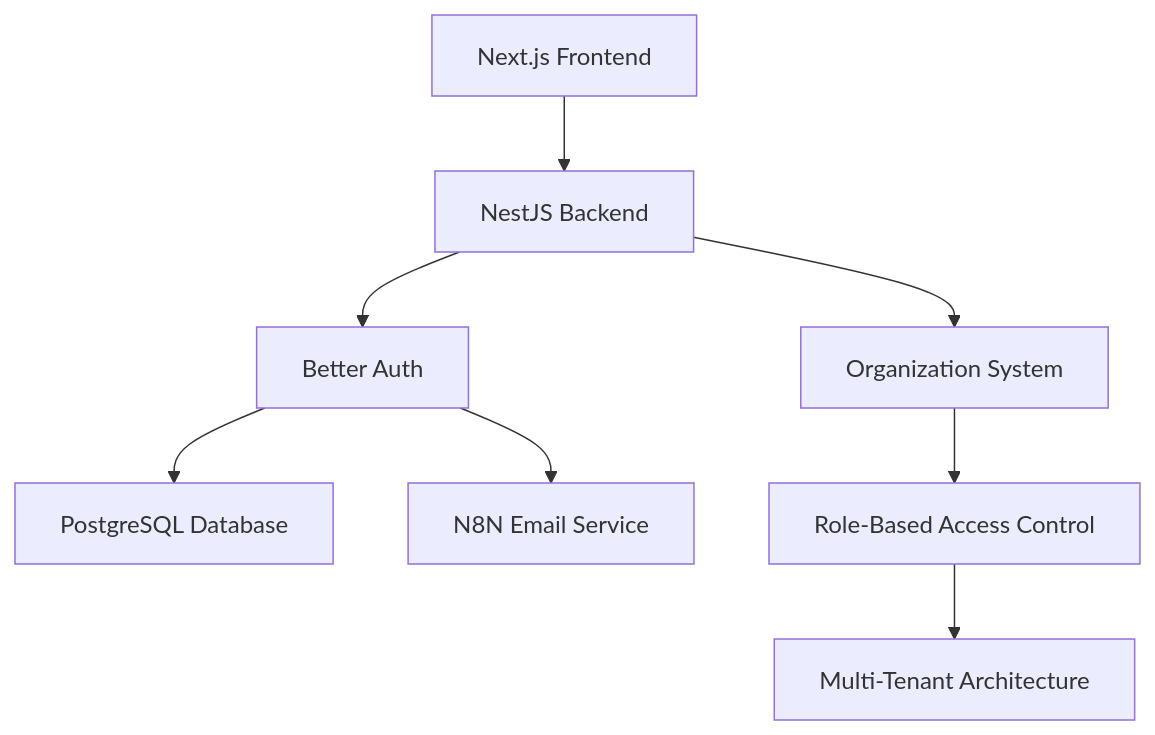
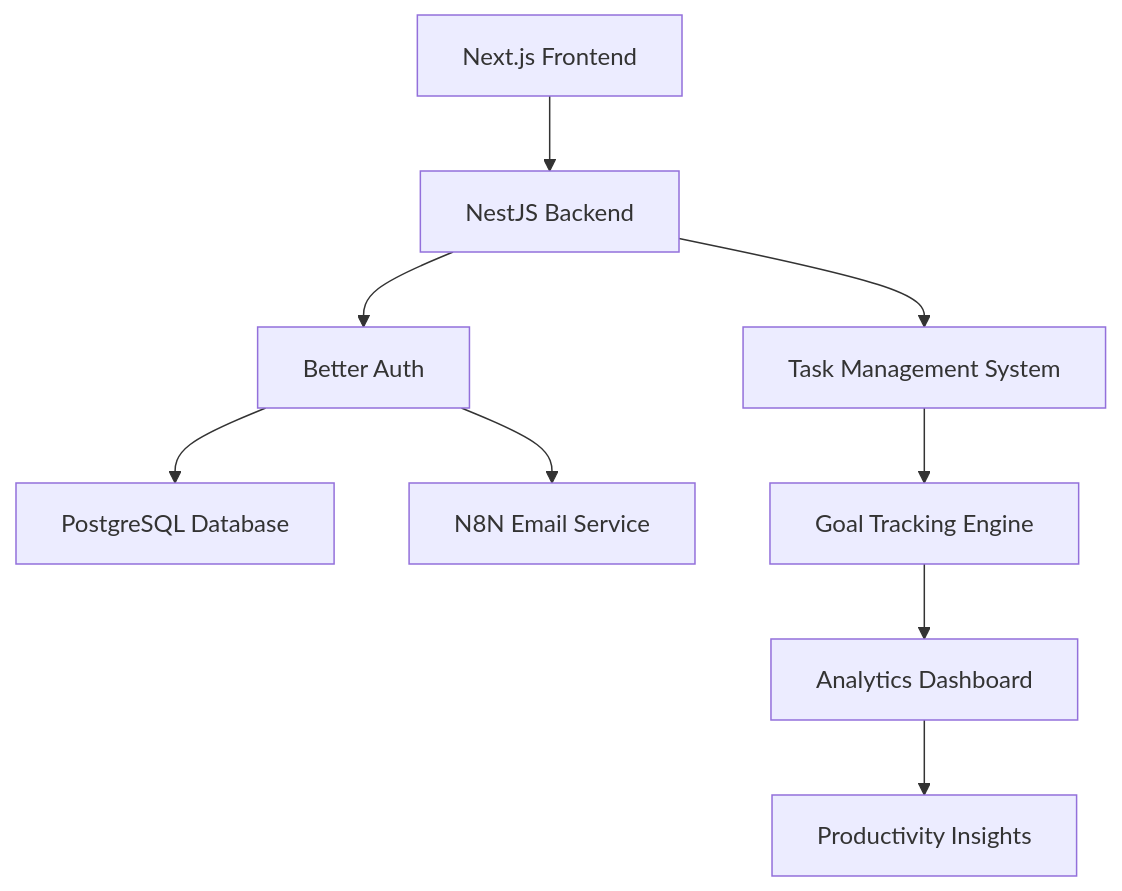
Before and after one commit to somasekharyepuru/better-auth: the diagram in README.md, drawn with Mermaid. The commit also changed other lines of this file and 32 other files, not shown here.

````diff
--- a/README.md
+++ b/README.md
@@ -205,10 +214,11 @@
 ```mermaid
 graph TD
     A[Next.js Frontend] --> B[NestJS Backend]
     B --> C[Better Auth]
     C --> D[PostgreSQL Database]
     C --> E[N8N Email Service]
-    B --> F[Organization System]
-    F --> G[Role-Based Access Control]
-    G --> H[Multi-Tenant Architecture]
+    B --> F[Task Management System]
+    F --> G[Goal Tracking Engine]
+    G --> H[Analytics Dashboard]
+    H --> I[Productivity Insights]
 ```
````
